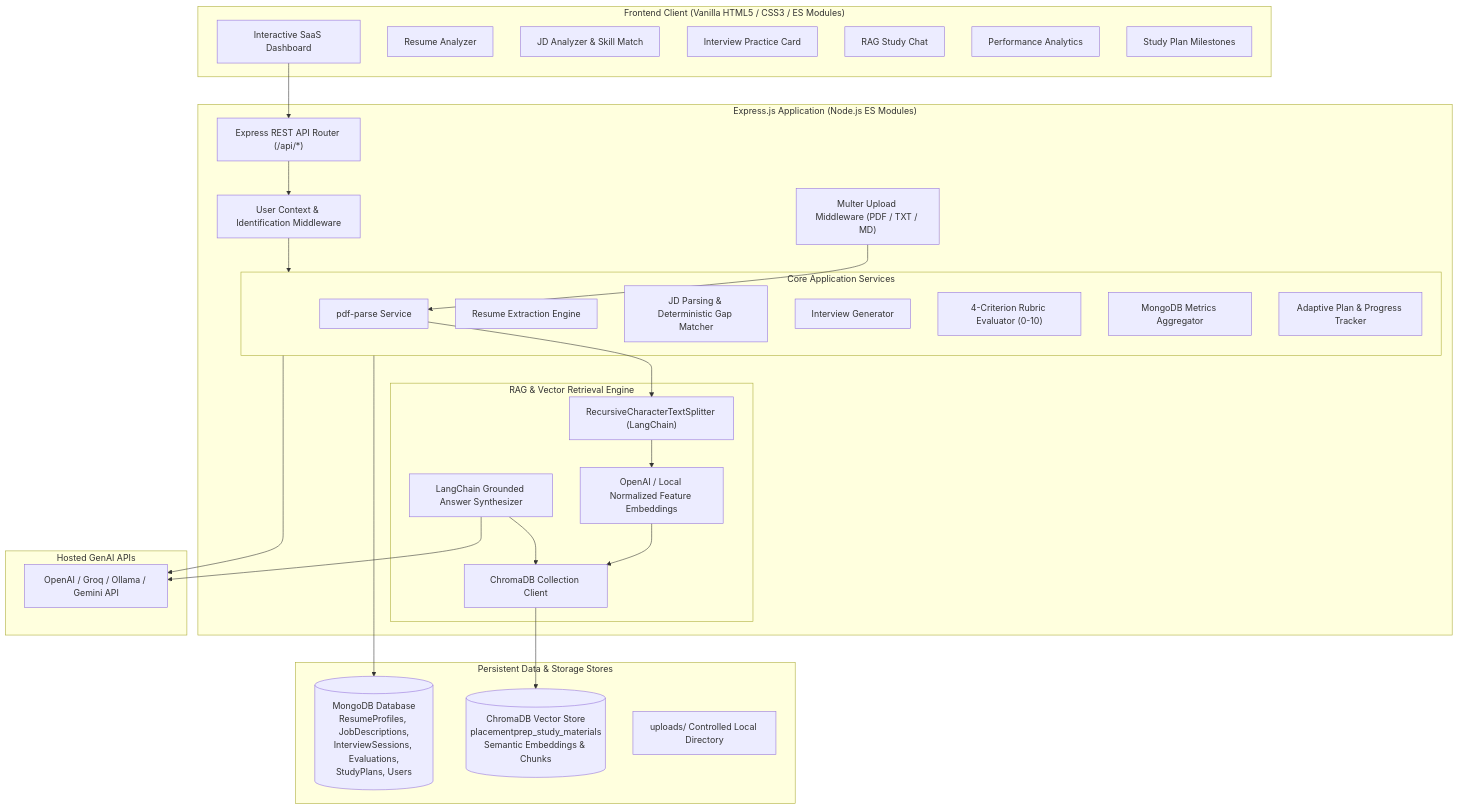
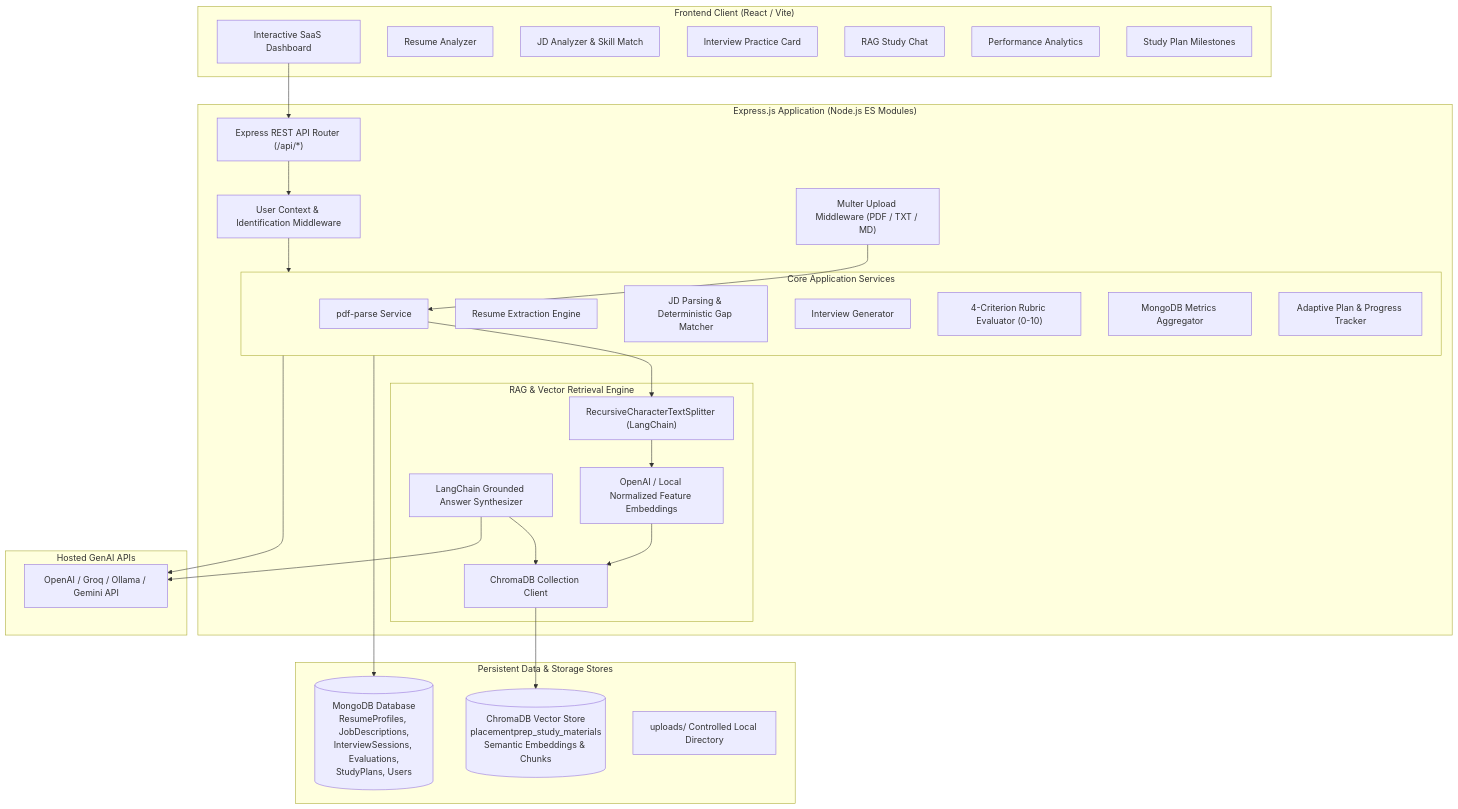
One commit to Muskansinha112/Placementprep changed the diagram in README.md. Above: the diagram before and after it, drawn with Mermaid. The commit also changed other lines of this file and 18 other files, not shown here.

Commit message:
Migrate frontend to React

````diff
--- a/README.md
+++ b/README.md
@@ -26,54 +26,54 @@
 ```mermaid
 flowchart TD
-    subgraph Client["Frontend Client (Vanilla HTML5 / CSS3 / ES Modules)"]
+    subgraph Client["Frontend Client (React / Vite)"]
         UI[Interactive SaaS Dashboard]
         Tab1[Resume Analyzer]
         Tab2[JD Analyzer & Skill Match]
         Tab3[Interview Practice Card]
         Tab4[RAG Study Chat]
         Tab5[Performance Analytics]
         Tab6[Study Plan Milestones]
     end
 
     subgraph Server["Express.js Application (Node.js ES Modules)"]
         Router["Express REST API Router (/api/*)"]
         AuthMiddleware["User Context & Identification Middleware"]
         Multer["Multer Upload Middleware (PDF / TXT / MD)"]
         
         subgraph Services["Core Application Services"]
             PDF["pdf-parse Service"]
             ResumeService["Resume Extraction Engine"]
             JobService["JD Parsing & Deterministic Gap Matcher"]
             InterviewService["Interview Generator"]
             EvalService["4-Criterion Rubric Evaluator (0-10)"]
             AnalyticsService["MongoDB Metrics Aggregator"]
             StudyPlanService["Adaptive Plan & Progress Tracker"]
         end
 
         subgraph RAGPipeline["RAG & Vector Retrieval Engine"]
             Splitter["RecursiveCharacterTextSplitter (LangChain)"]
             Embeddings["OpenAI / Local Normalized Feature Embeddings"]
             VectorStore["ChromaDB Collection Client"]
             AnswerGen["LangChain Grounded Answer Synthesizer"]
         end
     end
 
     subgraph Data["Persistent Data & Storage Stores"]
         MongoDB[(MongoDB Database\nResumeProfiles, JobDescriptions,\nInterviewSessions, Evaluations,\nStudyPlans, Users)]
         ChromaDB[(ChromaDB Vector Store\nplacementprep_study_materials\nSemantic Embeddings & Chunks)]
         Storage[uploads/ Controlled Local Directory]
     end
 
     subgraph Models["Hosted GenAI APIs"]
         LLM[OpenAI / Groq / Ollama / Gemini API]
     end
 
     UI --> Router
     Router --> AuthMiddleware --> Services
     Multer --> PDF
     Services --> MongoDB
     Services --> LLM
     PDF --> Splitter --> Embeddings --> VectorStore --> ChromaDB
     AnswerGen --> VectorStore
     AnswerGen --> LLM
 ```
````
